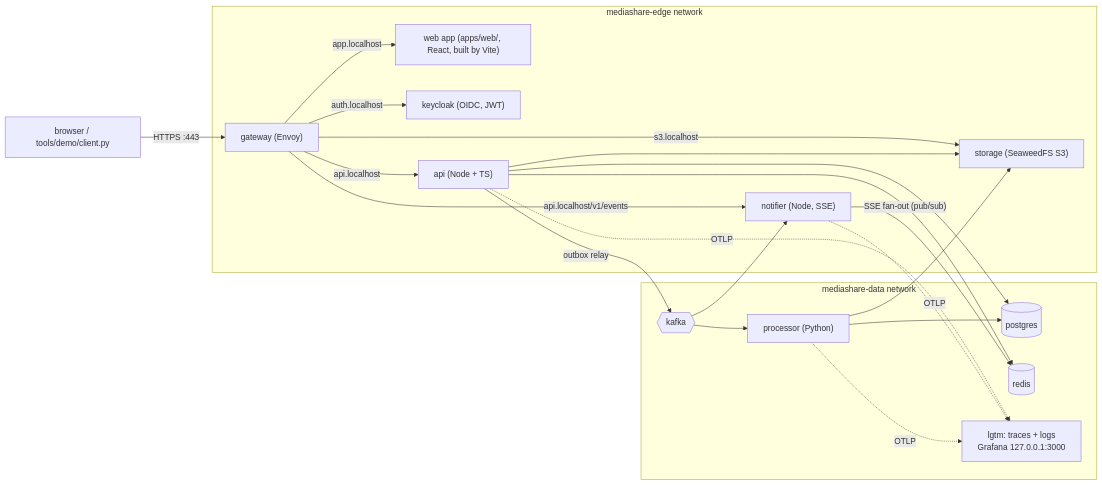
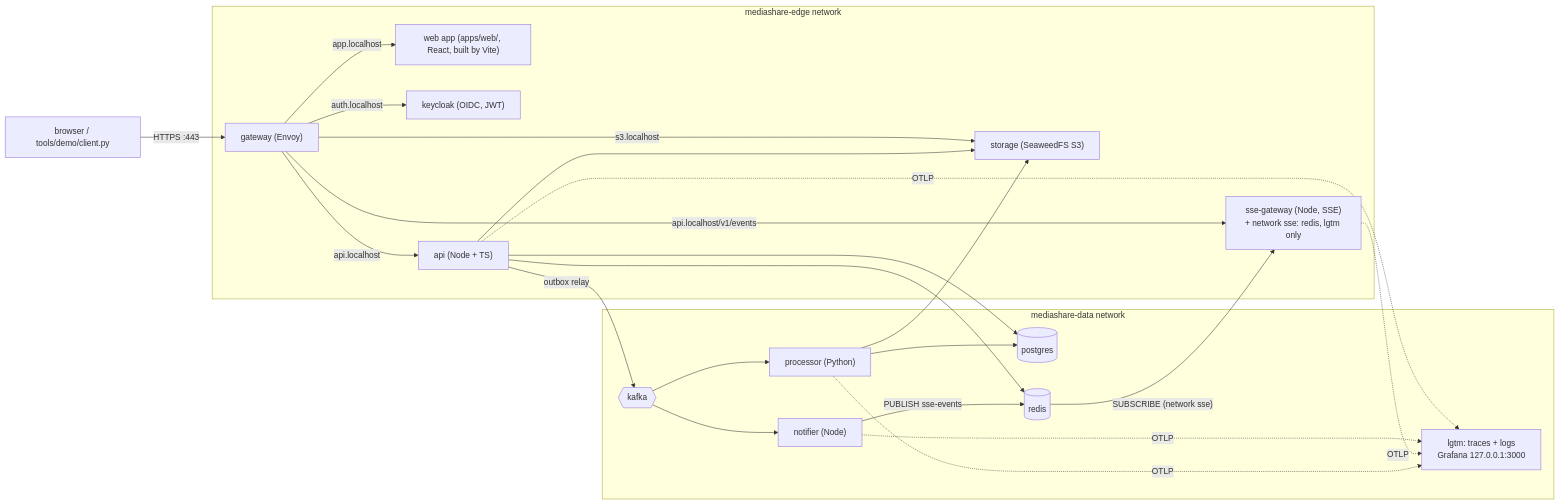
Before and after one commit to taraskhvyl/distributed-systems: the first of 4 diagrams in docs/ARCHITECTURE.md, drawn with Mermaid. The commit also changed other lines of this file and 30 other files, not shown here.

First line of the commit message:
feat: split SSE out of the notifier into sse-gateway (no Kafka, SUBSCRIBE-only Redis)

````diff
--- a/docs/ARCHITECTURE.md
+++ b/docs/ARCHITECTURE.md
@@ -8,39 +8,42 @@
 ```mermaid
 flowchart LR
   browser["browser / tools/demo/client.py"] -- "HTTPS :443" --> gateway
 
   subgraph edge["mediashare-edge network"]
     gateway["gateway (Envoy)"]
     web["web app (apps/web/, React, built by Vite)"]
     keycloak["keycloak (OIDC, JWT)"]
     api["api (Node + TS)"]
-    notifier["notifier (Node, SSE)"]
+    sse["sse-gateway (Node, SSE)<br/>+ network sse: redis, lgtm only"]
     storage["storage (SeaweedFS S3)"]
     gateway -- "app.localhost" --> web
     gateway -- "auth.localhost" --> keycloak
     gateway -- "api.localhost" --> api
-    gateway -- "api.localhost/v1/events" --> notifier
+    gateway -- "api.localhost/v1/events" --> sse
     gateway -- "s3.localhost" --> storage
   end
 
   subgraph data["mediashare-data network"]
     postgres[(postgres)]
     redis[(redis)]
     kafka{{kafka}}
     processor["processor (Python)"]
+    notifier["notifier (Node)"]
     lgtm["lgtm: traces + logs<br/>Grafana 127.0.0.1:3000"]
   end
 
   api --> postgres
   api --> redis
   api -- "outbox relay" --> kafka
   kafka --> processor
   kafka --> notifier
-  notifier -- "SSE fan-out (pub/sub)" --> redis
+  notifier -- "PUBLISH sse-events" --> redis
+  redis -- "SUBSCRIBE (network sse)" --> sse
   processor --> postgres
   processor --> storage
   api --> storage
   api -. OTLP .-> lgtm
   notifier -. OTLP .-> lgtm
+  sse -. OTLP .-> lgtm
   processor -. OTLP .-> lgtm
 ```
````
